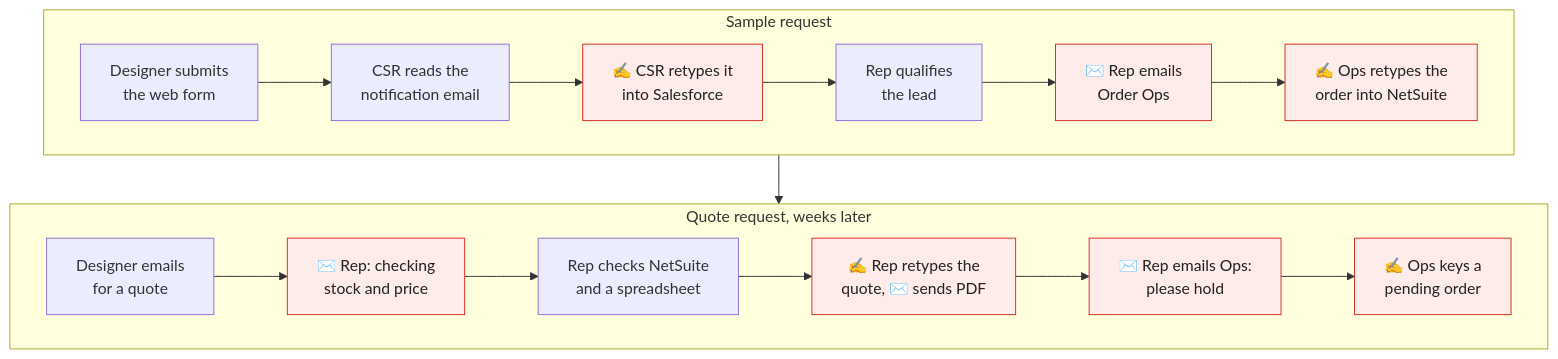
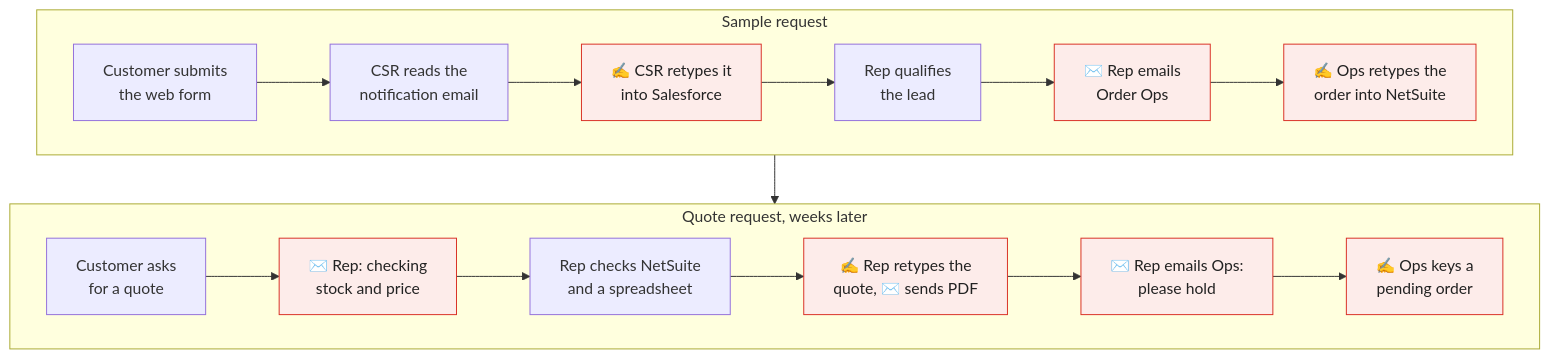
Before and after one commit to bennettdavisv2/perennials-sample-to-quote: the first of 2 diagrams in README.md, drawn with Mermaid. The commit also changed other lines of this file and 16 other files, not shown here.

First line of the commit message:
Make qualification manual for new senders; compact all-paths diagram

````diff
--- a/README.md
+++ b/README.md
@@ -9,14 +9,14 @@
 ```mermaid
 flowchart TB
   subgraph S["Sample request"]
     direction LR
-    o1["Designer submits<br/>the web form"] --> o2["CSR reads the<br/>notification email"] --> o3["✍️ CSR retypes it<br/>into Salesforce"] --> o4["Rep qualifies<br/>the lead"] --> o5["✉️ Rep emails<br/>Order Ops"] --> o6["✍️ Ops retypes the<br/>order into NetSuite"]
+    o1["Customer submits<br/>the web form"] --> o2["CSR reads the<br/>notification email"] --> o3["✍️ CSR retypes it<br/>into Salesforce"] --> o4["Rep qualifies<br/>the lead"] --> o5["✉️ Rep emails<br/>Order Ops"] --> o6["✍️ Ops retypes the<br/>order into NetSuite"]
   end
   subgraph Q["Quote request, weeks later"]
     direction LR
-    o7["Designer emails<br/>for a quote"] --> o8["✉️ Rep: checking<br/>stock and price"] --> o9["Rep checks NetSuite<br/>and a spreadsheet"] --> o10["✍️ Rep retypes the<br/>quote, ✉️ sends PDF"] --> o11["✉️ Rep emails Ops:<br/>please hold"] --> o12["✍️ Ops keys a<br/>pending order"]
+    o7["Customer asks<br/>for a quote"] --> o8["✉️ Rep: checking<br/>stock and price"] --> o9["Rep checks NetSuite<br/>and a spreadsheet"] --> o10["✍️ Rep retypes the<br/>quote, ✉️ sends PDF"] --> o11["✉️ Rep emails Ops:<br/>please hold"] --> o12["✍️ Ops keys a<br/>pending order"]
   end
   S --> Q
   classDef pain fill:#fdecea,stroke:#d93025,color:#222
   class o3,o5,o6,o8,o10,o11,o12 pain
 ```
````
